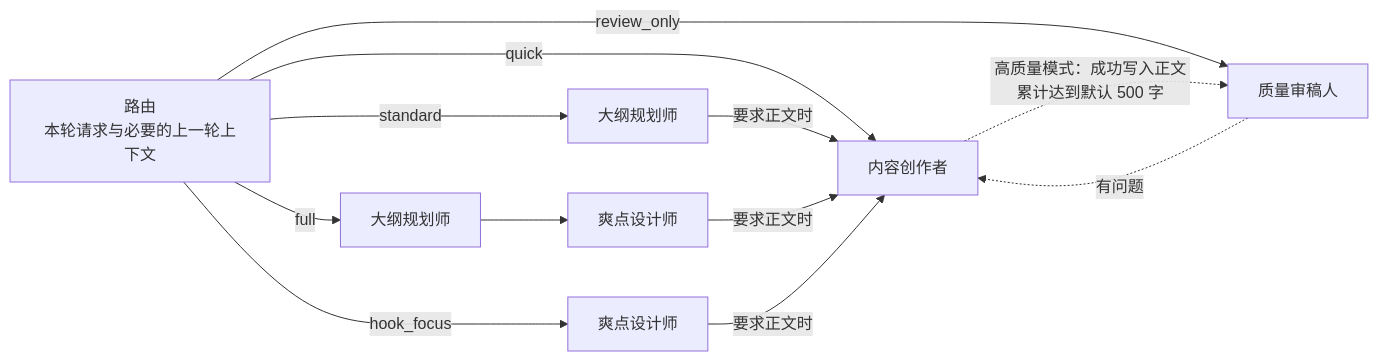
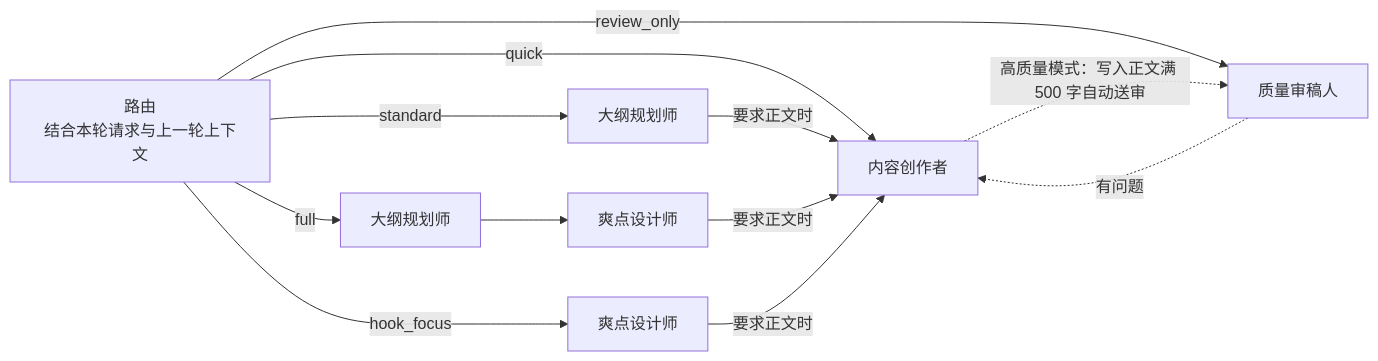
One commit to zqf20096327/ai_collect changed the diagram in data/readmes/zenstory-ai__zenstory.md. Above: the diagram before and after it, drawn with Mermaid. The commit also changed other lines of this file and 3267 other files, not shown here.

````diff
--- a/data/readmes/zenstory-ai__zenstory.md
+++ b/data/readmes/zenstory-ai__zenstory.md
@@ -64,10 +147,10 @@
 ```mermaid
 flowchart LR
-    R["路由<br/>本轮请求与必要的上一轮上下文"] -->|quick| W["内容创作者"]
+    R["路由<br/>结合本轮请求与上一轮上下文"] -->|quick| W["内容创作者"]
     R -->|standard| P["大纲规划师"] -->|要求正文时| W
     R -->|full| P2["大纲规划师"] --> H["爽点设计师"] -->|要求正文时| W
     R -->|hook_focus| H2["爽点设计师"] -->|要求正文时| W
     R -->|review_only| Q["质量审稿人"]
-    W -. 高质量模式：成功写入正文累计达到默认 500 字 .-> Q
+    W -. 高质量模式：写入正文满 500 字自动送审 .-> Q
     Q -. 有问题 .-> W
 ```
````
